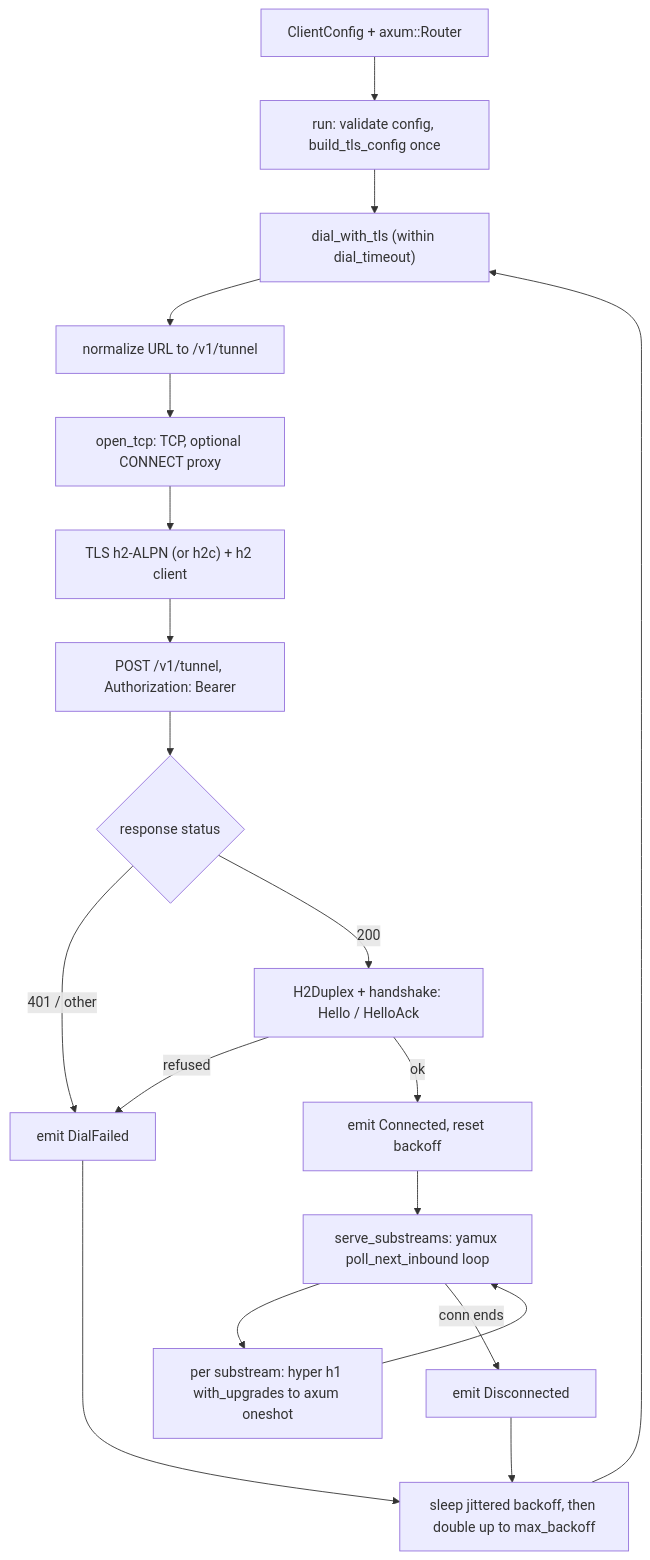
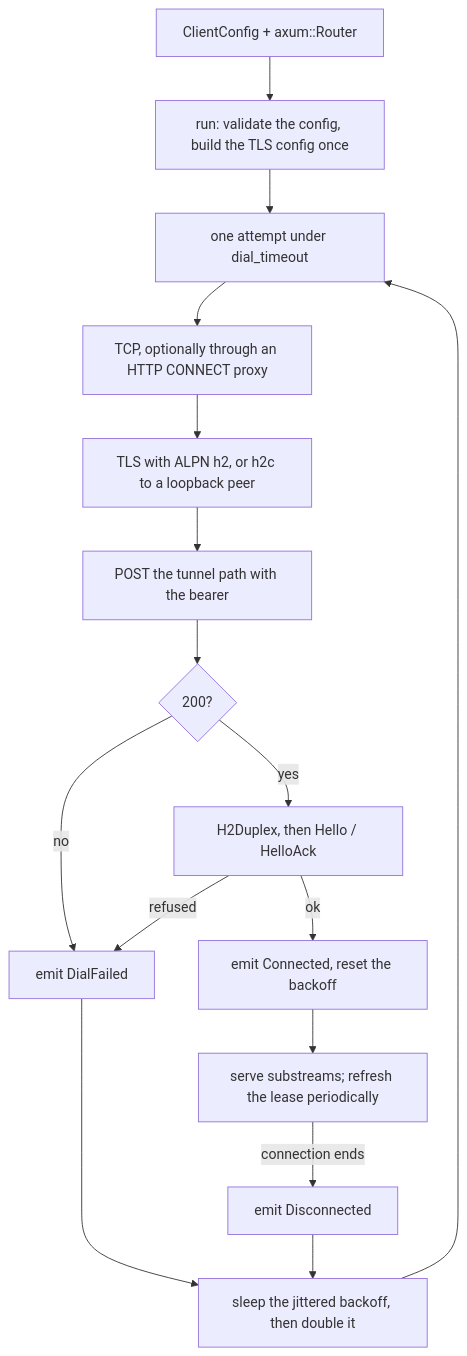
Before and after one commit to fiorix/chan: the diagram in crates/chan-tunnel-client/design.md, drawn with Mermaid. The commit also changed other lines of this file and 17 other files, not shown here.

````diff
--- a/crates/chan-tunnel-client/design.md
+++ b/crates/chan-tunnel-client/design.md
@@ -34,21 +11,18 @@
 ```mermaid
 flowchart TD
-    Cfg["ClientConfig + axum::Router"] --> Run["run: validate config, build_tls_config once"]
-    Run --> Dial["dial_with_tls (within dial_timeout)"]
-    Dial --> Norm["normalize URL to /v1/tunnel"]
-    Norm --> Tcp["open_tcp: TCP, optional CONNECT proxy"]
-    Tcp --> Conn["TLS h2-ALPN (or h2c) + h2 client"]
-    Conn --> Post["POST /v1/tunnel, Authorization: Bearer"]
-    Post --> Status{"response status"}
-    Status -->|"401 / other"| Failed["emit DialFailed"]
-    Status -->|200| Hs["H2Duplex + handshake: Hello / HelloAck"]
-    Hs -->|refused| Failed
-    Hs -->|ok| Reg["emit Connected, reset backoff"]
-    Reg --> Serve["serve_substreams: yamux poll_next_inbound loop"]
-    Serve --> Sub["per substream: hyper h1 with_upgrades to axum oneshot"]
-    Sub --> Serve
-    Serve -->|"conn ends"| Disc["emit Disconnected"]
-    Failed --> Sleep["sleep jittered backoff, then double up to max_backoff"]
+    Cfg["ClientConfig + axum::Router"] --> Run["run: validate the config, build the TLS config once"]
+    Run --> Dial["one attempt under dial_timeout"]
+    Dial --> Tcp["TCP, optionally through an HTTP CONNECT proxy"]
+    Tcp --> Conn["TLS with ALPN h2, or h2c to a loopback peer"]
+    Conn --> Post["POST the tunnel path with the bearer"]
+    Post --> Status{"200?"}
+    Status -->|"no"| Failed["emit DialFailed"]
+    Status -->|"yes"| Hs["H2Duplex, then Hello / HelloAck"]
+    Hs -->|"refused"| Failed
+    Hs -->|"ok"| Reg["emit Connected, reset the backoff"]
+    Reg --> Serve["serve substreams; refresh the lease periodically"]
+    Serve -->|"connection ends"| Disc["emit Disconnected"]
+    Failed --> Sleep["sleep the jittered backoff, then double it"]
     Disc --> Sleep
     Sleep --> Dial
 ```
````
